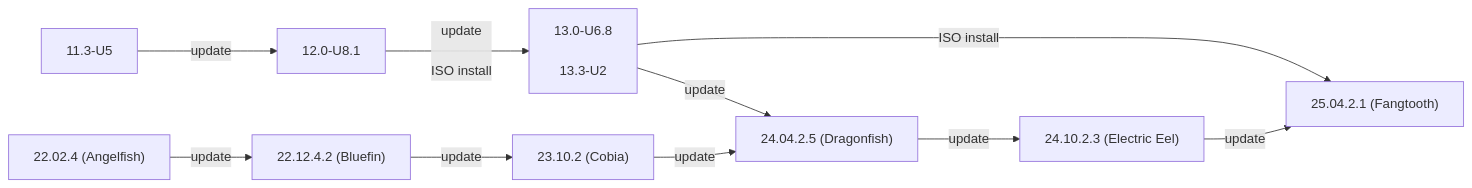
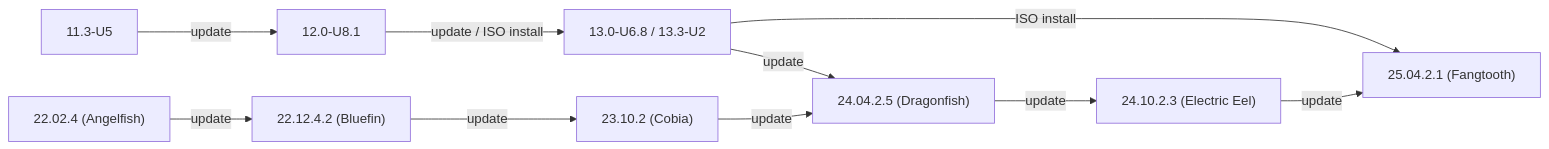
Before and after one commit to truenas/documentation: the first of 2 diagrams in static/includes/SCALEUpgradePaths.md, drawn with Mermaid. The commit also changed other lines of this file, not shown here.

```diff
--- a/static/includes/SCALEUpgradePaths.md
+++ b/static/includes/SCALEUpgradePaths.md
@@ -67,13 +59,13 @@
           {{< mermaid class="mermaid_sizing" >}}
           flowchart LR
             A["11.3-U5"] -->|update| B["12.0-U8.1"]
-            B -->|"update<br><br>ISO install"| C["13.0-U6.8<br><br>13.3-U2"]
+            B -->|"update / ISO install"| C["13.0-U6.8 / 13.3-U2"]
             C -->|update| G
             C -->|ISO install| I
             D["22.02.4 (Angelfish)"] -->|update| E
             E["22.12.4.2 (Bluefin)"] -->|update| F
             F["23.10.2 (Cobia)"] -->|update| G
             G["24.04.2.5 (Dragonfish)"] -->|update| H
             H["24.10.2.3 (Electric Eel)"] -->|update| I
             I["25.04.2.1 (Fangtooth)"]
           {{< /mermaid >}}
```
